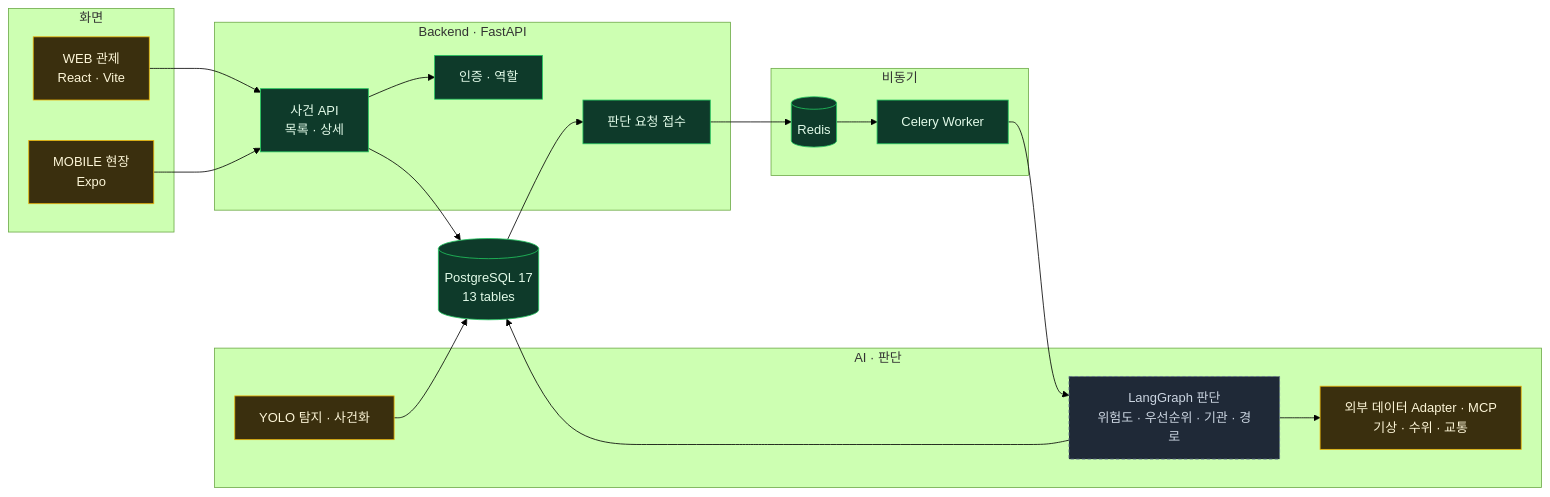
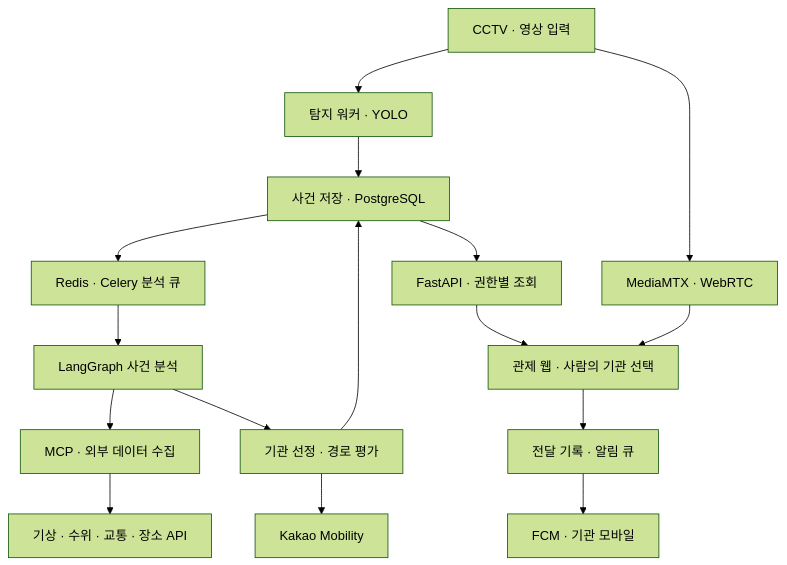
The first of 2 diagrams in projects/01-octv/TECHNICAL.md (alswo0548/portfolio), drawn with Mermaid (forest theme) before and after one commit. The commit also changed other lines of this file and 12 other files, not shown here.

````diff
--- a/projects/01-octv/TECHNICAL.md
+++ b/projects/01-octv/TECHNICAL.md
@@ -68,43 +70,18 @@
 ```mermaid
-flowchart LR
-    subgraph Client["화면"]
-        WEB["WEB 관제<br/>React · Vite"]
-        MOB["MOBILE 현장<br/>Expo"]
-    end
-
-    subgraph Backend["Backend · FastAPI"]
-        AUTH["인증 · 역할"]
-        INC["사건 API<br/>목록 · 상세"]
-        REQ["판단 요청 접수"]
-    end
-
-    subgraph Queue["비동기"]
-        RD[("Redis")]
-        WK["Celery Worker"]
-    end
-
-    subgraph AI["AI · 판단"]
-        DET["YOLO 탐지 · 사건화"]
-        LG["LangGraph 판단<br/>위험도 · 우선순위 · 기관 · 경로"]
-        MCP["외부 데이터 Adapter · MCP<br/>기상 · 수위 · 교통"]
-    end
-
-    DB[("PostgreSQL 17<br/>13 tables")]
-
-    WEB --> INC
-    MOB --> INC
-    INC --> AUTH
-    INC --> DB
-    DET --> DB
-    DB --> REQ
-    REQ --> RD --> WK --> LG
-    LG --> MCP
-    LG --> DB
-
-    classDef done fill:#0e3a2a,stroke:#22c55e,color:#e2fbe9
-    classDef doing fill:#3a2f0e,stroke:#eab308,color:#fdf6d8
-    classDef todo fill:#1f2937,stroke:#64748b,color:#cbd5e1,stroke-dasharray: 4 3
-    class AUTH,INC,REQ,RD,WK,DB done
-    class WEB,MOB,DET,MCP doing
-    class LG todo
+flowchart TD
+    C["CCTV · 영상 입력"] --> D["탐지 워커 · YOLO"]
+    D --> I["사건 저장 · PostgreSQL"]
+    I --> Q["Redis · Celery 분석 큐"]
+    Q --> G["LangGraph 사건 분석"]
+    G --> M["MCP · 외부 데이터 수집"]
+    M --> E["기상 · 수위 · 교통 · 장소 API"]
+    G --> R["기관 선정 · 경로 평가"]
+    R --> K["Kakao Mobility"]
+    R --> I
+    I --> A["FastAPI · 권한별 조회"]
+    A --> W["관제 웹 · 사람의 기관 선택"]
+    W --> N["전달 기록 · 알림 큐"]
+    N --> F["FCM · 기관 모바일"]
+    C --> S["MediaMTX · WebRTC"]
+    S --> W
 ```
````
